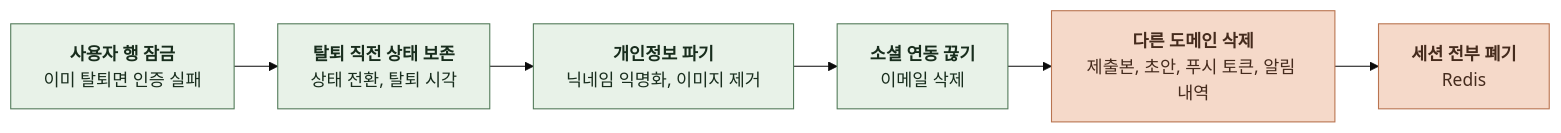
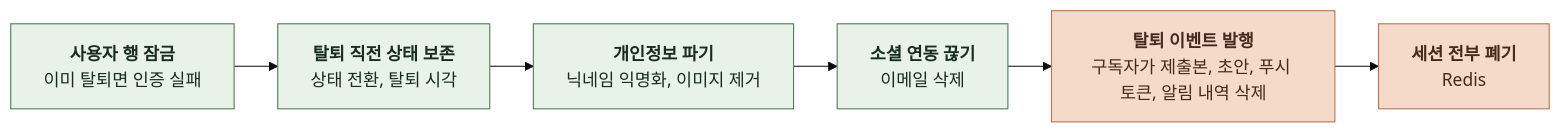
One commit to KIM-N-KANG/knk-harness changed diagram 13 of 16 in docs/domain/ACCOUNT/BACKEND/4-1-PIPELINES.md. Above: the diagram before and after it, drawn with Mermaid (base theme). The commit also changed other lines of this file and 13 other files, not shown here.

````diff
--- a/docs/domain/ACCOUNT/BACKEND/4-1-PIPELINES.md
+++ b/docs/domain/ACCOUNT/BACKEND/4-1-PIPELINES.md
@@ -433,19 +433,19 @@
 ```mermaid
 %%{init: {"flowchart": {"curve": "basis", "nodeSpacing": 24, "rankSpacing": 40}}}%%
 flowchart LR
     A["`**사용자 행 잠금**
 이미 탈퇴면 인증 실패`"] --> B["`**탈퇴 직전 상태 보존**
 상태 전환, 탈퇴 시각`"]
     B --> C["`**개인정보 파기**
 닉네임 익명화, 이미지 제거`"]
     C --> D["`**소셜 연동 끊기**
 이메일 삭제`"]
-    D --> E["`**다른 도메인 삭제**
-제출본, 초안, 푸시 토큰, 알림 내역`"]
+    D --> E["`**탈퇴 이벤트 발행**
+구독자가 제출본, 초안, 푸시 토큰, 알림 내역 삭제`"]
     E --> F["`**세션 전부 폐기**
 Redis`"]
     classDef comp fill:#E8F2E8,stroke:#527A59,color:#182D1D
     classDef task fill:#F5D9C9,stroke:#B97450,color:#452B1D
     class A,B,C,D comp
     class E,F task
 ```
````
